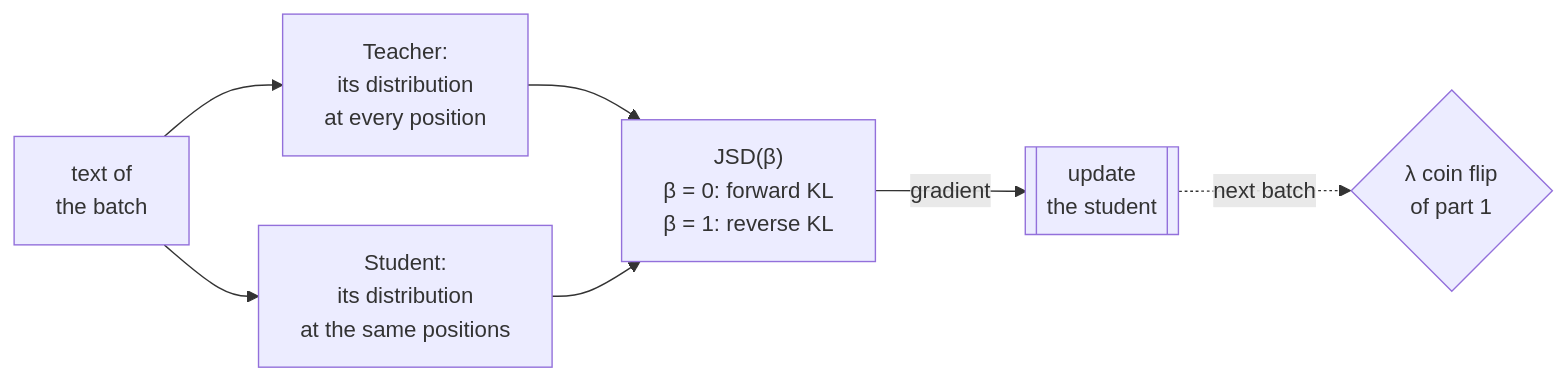
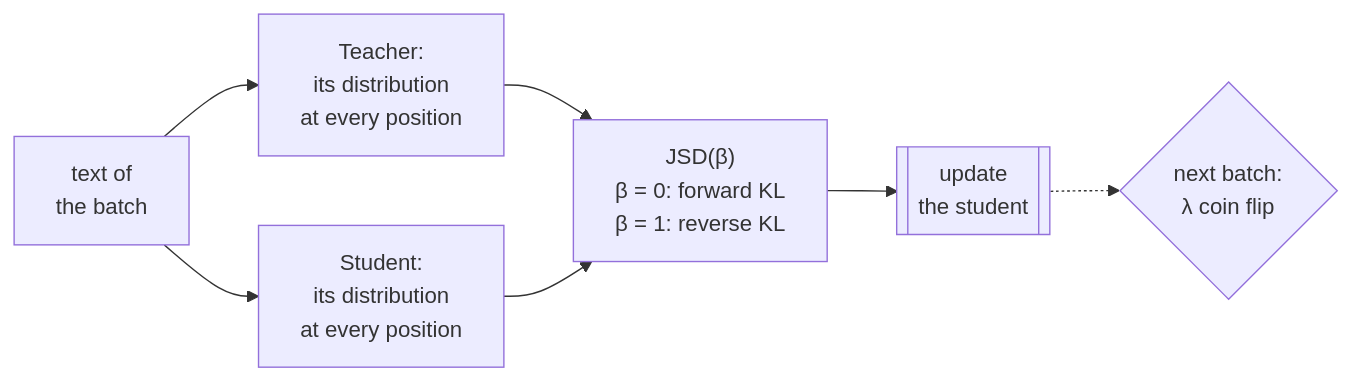
The second of 4 diagrams in 00-foundations/distillation/PRIMER.md (aniryou/full-stack-agentic-engineer), drawn with Mermaid before and after one commit. The commit also changed other lines of this file and 211 other files, not shown here.

````diff
--- a/00-foundations/distillation/PRIMER.md
+++ b/00-foundations/distillation/PRIMER.md
@@ -374,9 +378,9 @@
 ```mermaid
 flowchart LR
   X["text of<br/>the batch"] --> TS["Teacher:<br/>its distribution<br/>at every position"]
-  X --> SS["Student:<br/>its distribution<br/>at the same positions"]
+  X --> SS["Student:<br/>its distribution<br/>at every position"]
   TS --> J["JSD(β)<br/>β = 0: forward KL<br/>β = 1: reverse KL"]
   SS --> J
-  J -->|"gradient"| U[["update<br/>the student"]]
-  U -.->|"next batch"| C{"λ coin flip<br/>of part 1"}
+  J --> U[["update<br/>the student"]]
+  U -.-> C{"next batch:<br/>λ coin flip"}
 ```
````
